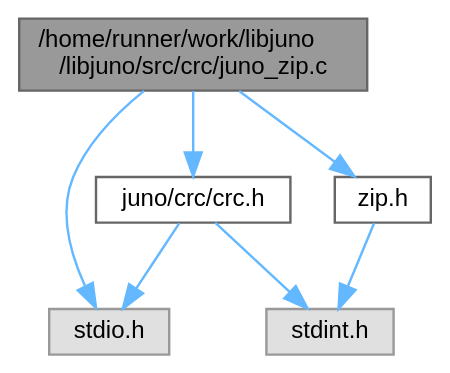
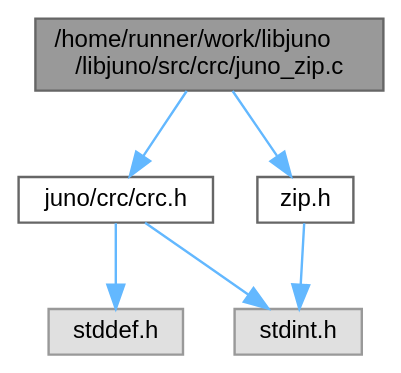
One commit to robinonsay/libjuno changed the diagram in juno__zip_8c__incl.dot. Above: the diagram before and after it, drawn with Graphviz. The commit also changed 156 other files, not shown here.

```diff
--- a/juno__zip_8c__incl.dot
+++ b/juno__zip_8c__incl.dot
@@ -1,18 +1,17 @@
 digraph "/home/runner/work/libjuno/libjuno/src/crc/juno_zip.c"
 {
  // LATEX_PDF_SIZE
   bgcolor="transparent";
   edge [fontname=Helvetica,fontsize=10,labelfontname=Helvetica,labelfontsize=10];
   node [fontname=Helvetica,fontsize=10,shape=box,height=0.2,width=0.4];
   Node1 [id="Node000001",label="/home/runner/work/libjuno\l/libjuno/src/crc/juno_zip.c",height=0.2,width=0.4,color="gray40", fillcolor="grey60", style="filled", fontcolor="black",tooltip=" "];
   Node1 -> Node2 [id="edge1_Node000001_Node000002",color="steelblue1",style="solid",tooltip=" "];
   Node2 [id="Node000002",label="juno/crc/crc.h",height=0.2,width=0.4,color="grey40", fillcolor="white", style="filled",URL="$crc_8h.html",tooltip=" "];
   Node2 -> Node3 [id="edge2_Node000002_Node000003",color="steelblue1",style="solid",tooltip=" "];
-  Node3 [id="Node000003",label="stdio.h",height=0.2,width=0.4,color="grey60", fillcolor="#E0E0E0", style="filled",tooltip=" "];
+  Node3 [id="Node000003",label="stddef.h",height=0.2,width=0.4,color="grey60", fillcolor="#E0E0E0", style="filled",tooltip=" "];
   Node2 -> Node4 [id="edge3_Node000002_Node000004",color="steelblue1",style="solid",tooltip=" "];
   Node4 [id="Node000004",label="stdint.h",height=0.2,width=0.4,color="grey60", fillcolor="#E0E0E0", style="filled",tooltip=" "];
-  Node1 -> Node3 [id="edge4_Node000001_Node000003",color="steelblue1",style="solid",tooltip=" "];
-  Node1 -> Node5 [id="edge5_Node000001_Node000005",color="steelblue1",style="solid",tooltip=" "];
+  Node1 -> Node5 [id="edge4_Node000001_Node000005",color="steelblue1",style="solid",tooltip=" "];
   Node5 [id="Node000005",label="zip.h",height=0.2,width=0.4,color="grey40", fillcolor="white", style="filled",URL="$zip_8h.html",tooltip=" "];
-  Node5 -> Node4 [id="edge6_Node000005_Node000004",color="steelblue1",style="solid",tooltip=" "];
+  Node5 -> Node4 [id="edge5_Node000005_Node000004",color="steelblue1",style="solid",tooltip=" "];
 }
```
